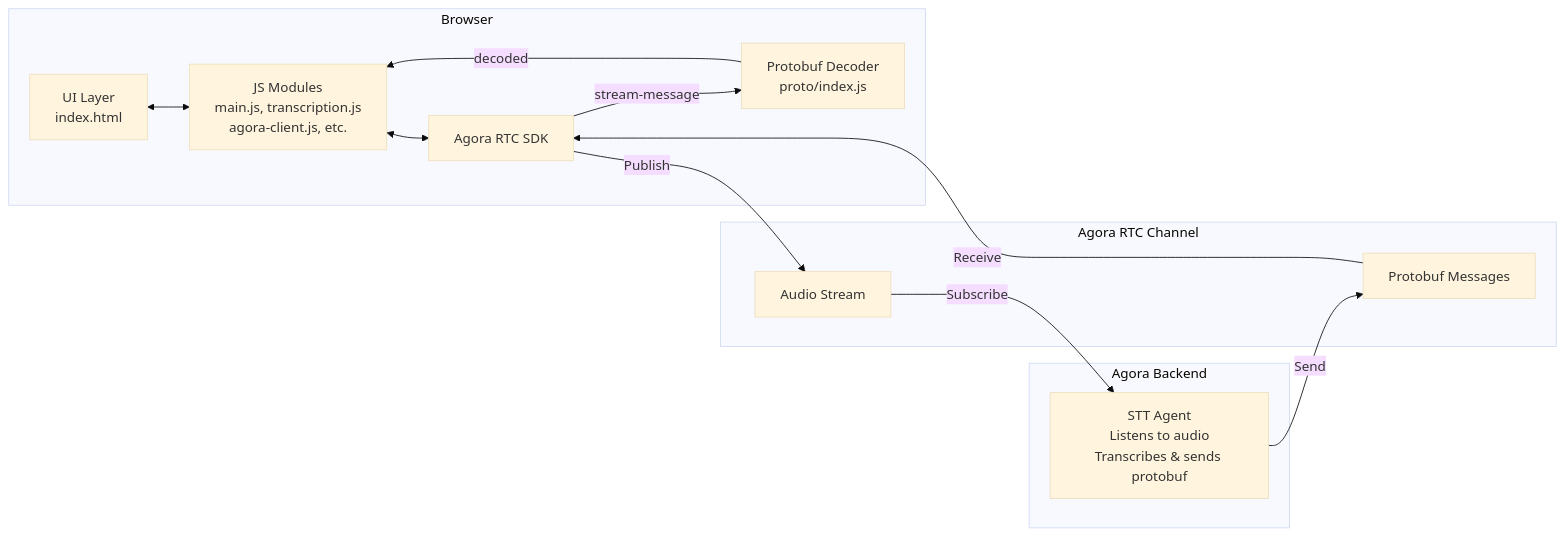
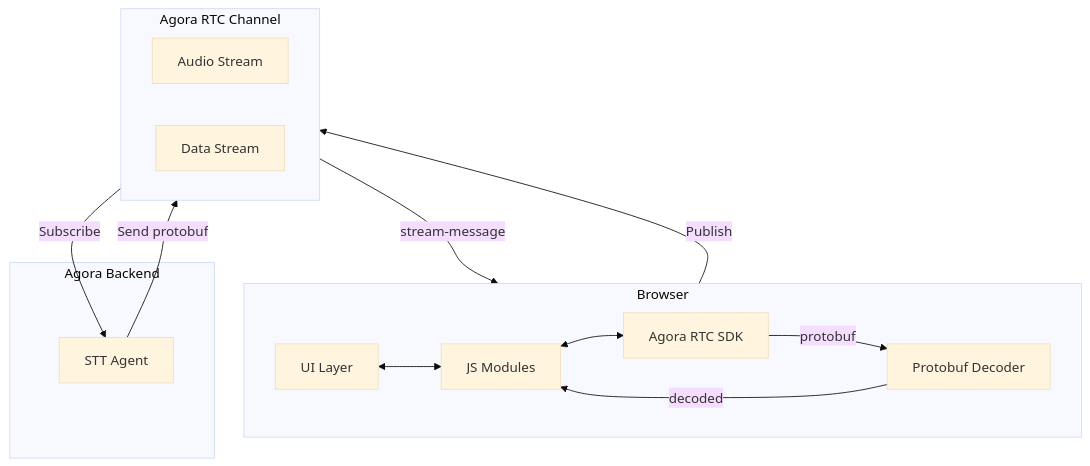
Before and after one commit to frank005/stt: the diagram in GUIDE.md, drawn with Mermaid (base theme).

Commit message:
Update architecture diagram layout and labels

````diff
--- a/GUIDE.md
+++ b/GUIDE.md
@@ -22,28 +22,30 @@
 ```mermaid
-flowchart LR
+flowchart TB
     subgraph Browser["Browser"]
-        UI["UI Layer<br/>index.html"]
-        JS["JS Modules<br/>main.js, transcription.js<br/>agora-client.js, etc."]
+        direction LR
+        UI["UI Layer"]
+        JS["JS Modules"]
         RTC["Agora RTC SDK"]
-        Proto["Protobuf Decoder<br/>proto/index.js"]
+        Proto["Protobuf Decoder"]
         
         UI <--> JS
         JS <--> RTC
-        RTC -->|stream-message| Proto
+        RTC -->|protobuf| Proto
         Proto -->|decoded| JS
     end
     
     subgraph Channel["Agora RTC Channel"]
+        direction LR
         Audio["Audio Stream"]
-        Stream["Protobuf Messages"]
+        Stream["Data Stream"]
     end
     
     subgraph Backend["Agora Backend"]
-        STT["STT Agent<br/>Listens to audio<br/>Transcribes & sends protobuf"]
+        STT["STT Agent"]
     end
     
     RTC -->|Publish| Audio
     Audio -->|Subscribe| STT
-    STT -->|Send| Stream
-    Stream -->|Receive| RTC
+    STT -->|Send protobuf| Stream
+    Stream -->|stream-message| RTC
 ```
````
